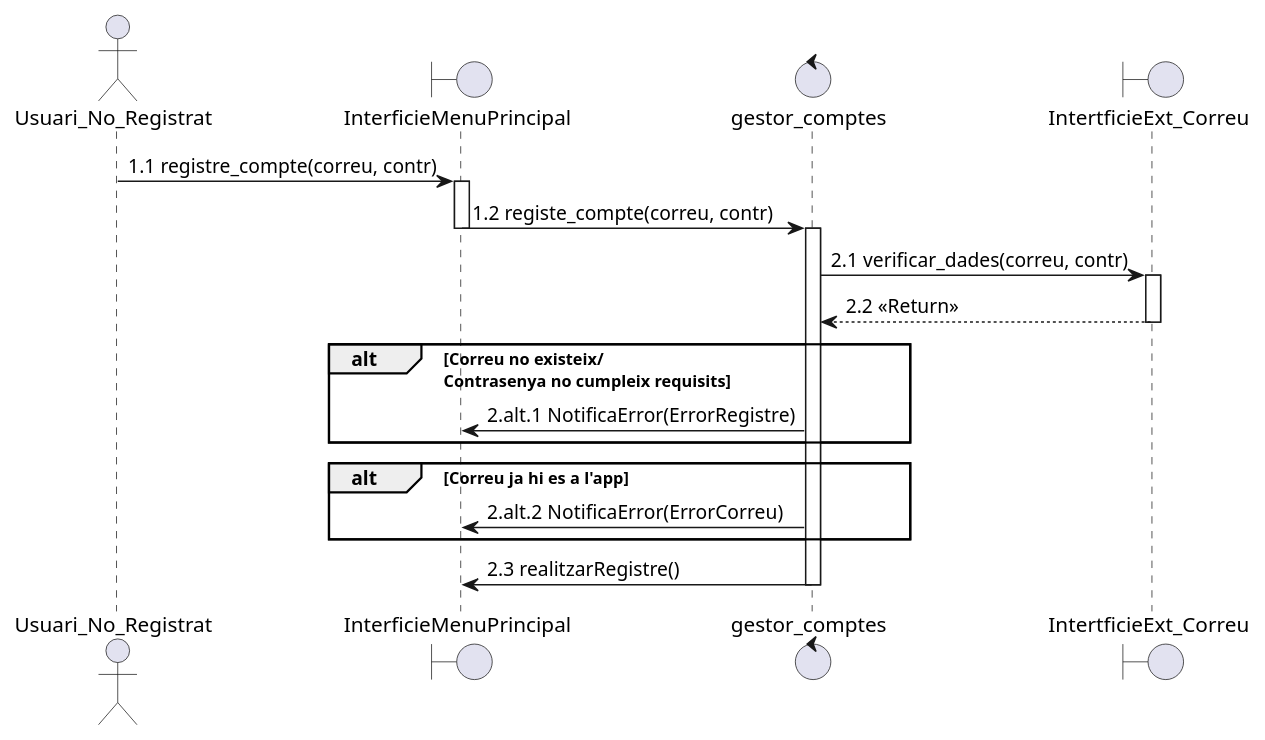
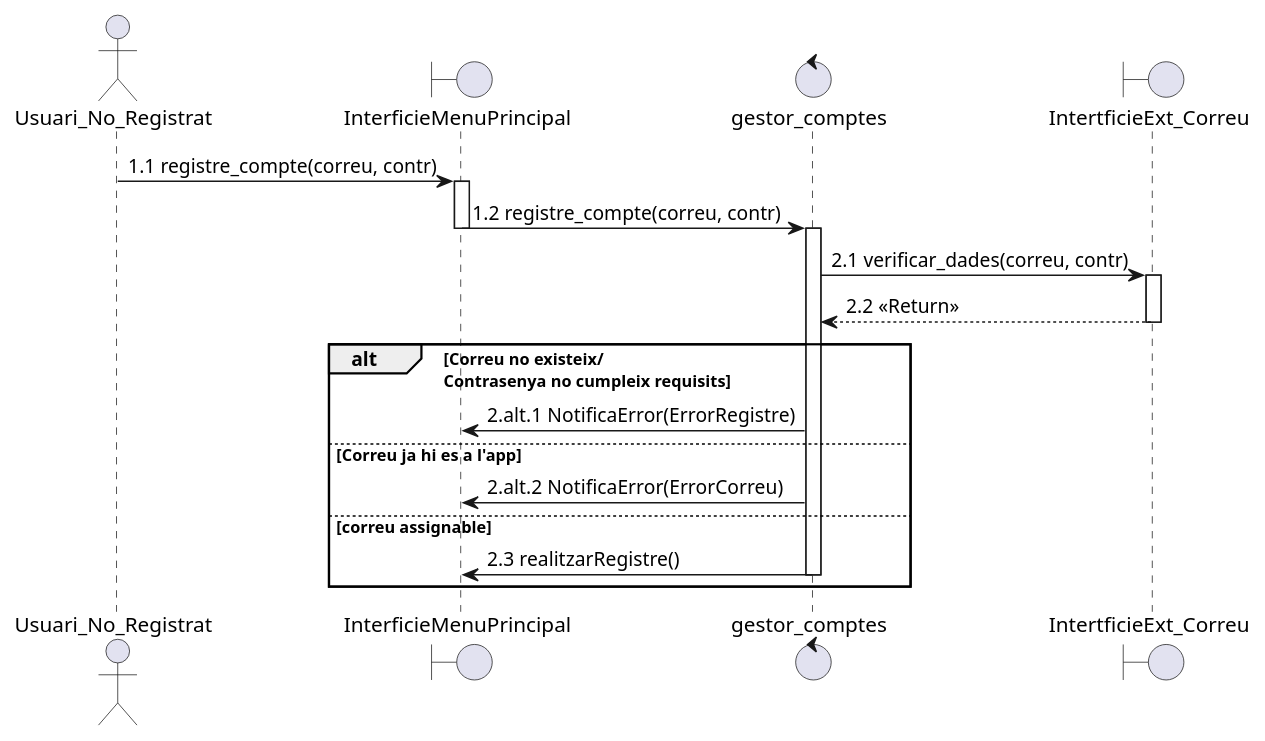
Before and after one commit to martipages/ES23UAB431-02: the diagram in documents/Diagrames i Especificacions/Seqüencia/ALEJANDRO/3- Registrar-se.puml, drawn with PlantUML. The commit also changed 11 other files, not shown here.

```diff
--- a/documents/Diagrames i Especificacions/Seqüencia/ALEJANDRO/3- Registrar-se.puml
+++ b/documents/Diagrames i Especificacions/Seqüencia/ALEJANDRO/3- Registrar-se.puml
@@ -1,21 +1,23 @@
 @startuml
 
 actor Usuari_No_Registrat as UsuariN
 boundary InterficieMenuPrincipal as interficie
 control gestor_comptes as gestor
 boundary IntertficieExt_Correu as correu
 
 UsuariN -> interficie ++: 1.1 registre_compte(correu, contr)
-interficie -> gestor --++: 1.2 registe_compte(correu, contr)
+interficie -> gestor --++: 1.2 registre_compte(correu, contr)
 gestor -> correu ++: 2.1 verificar_dades(correu, contr)
 correu --> gestor --: 2.2 <<Return>>
 alt Correu no existeix/ \nContrasenya no cumpleix requisits
    gestor -> interficie : 2.alt.1 NotificaError(ErrorRegistre)
+else Correu ja hi es a l'app
+   gestor -> interficie : 2.alt.2 NotificaError(ErrorCorreu)
+
+else correu assignable
+gestor -> interficie --: 2.3 realitzarRegistre()
 end
-alt Correu ja hi es a l'app
-   gestor -> interficie : 2.alt.2 NotificaError(ErrorCorreu)
-end
-gestor -> interficie --: 2.3 realitzarRegistre()
+
 
 
 @enduml
```
